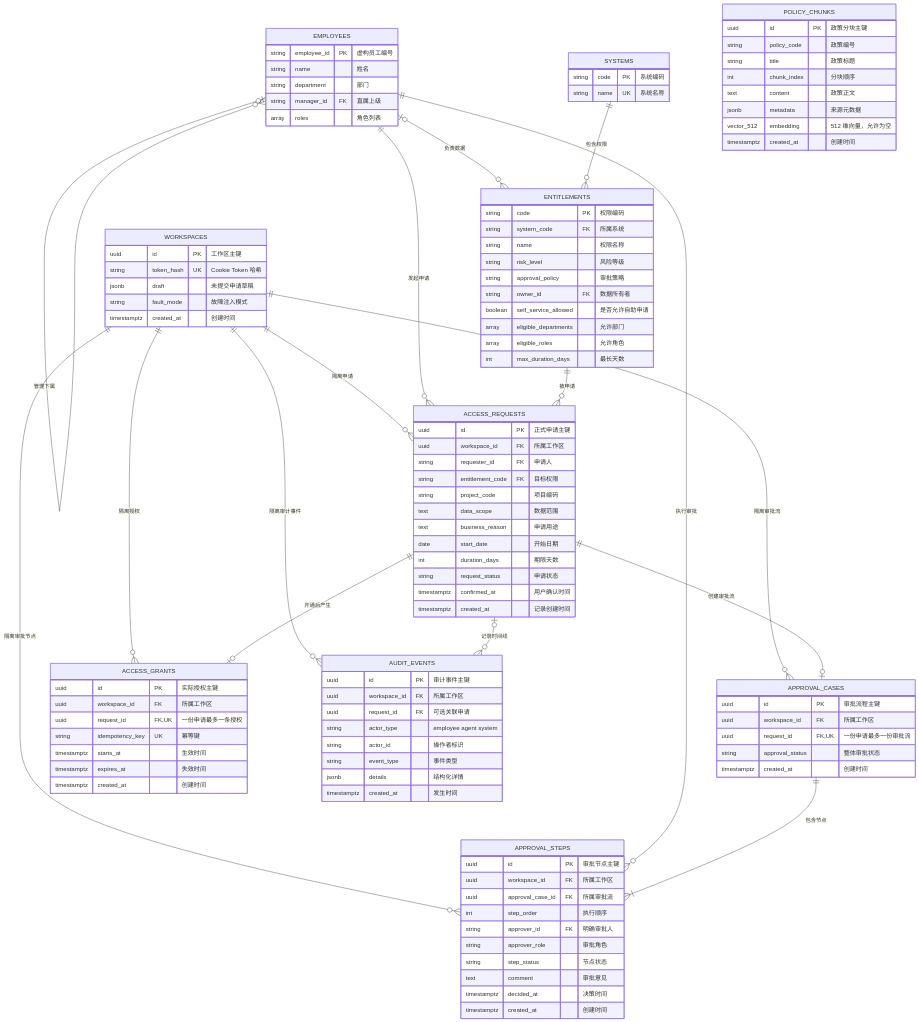
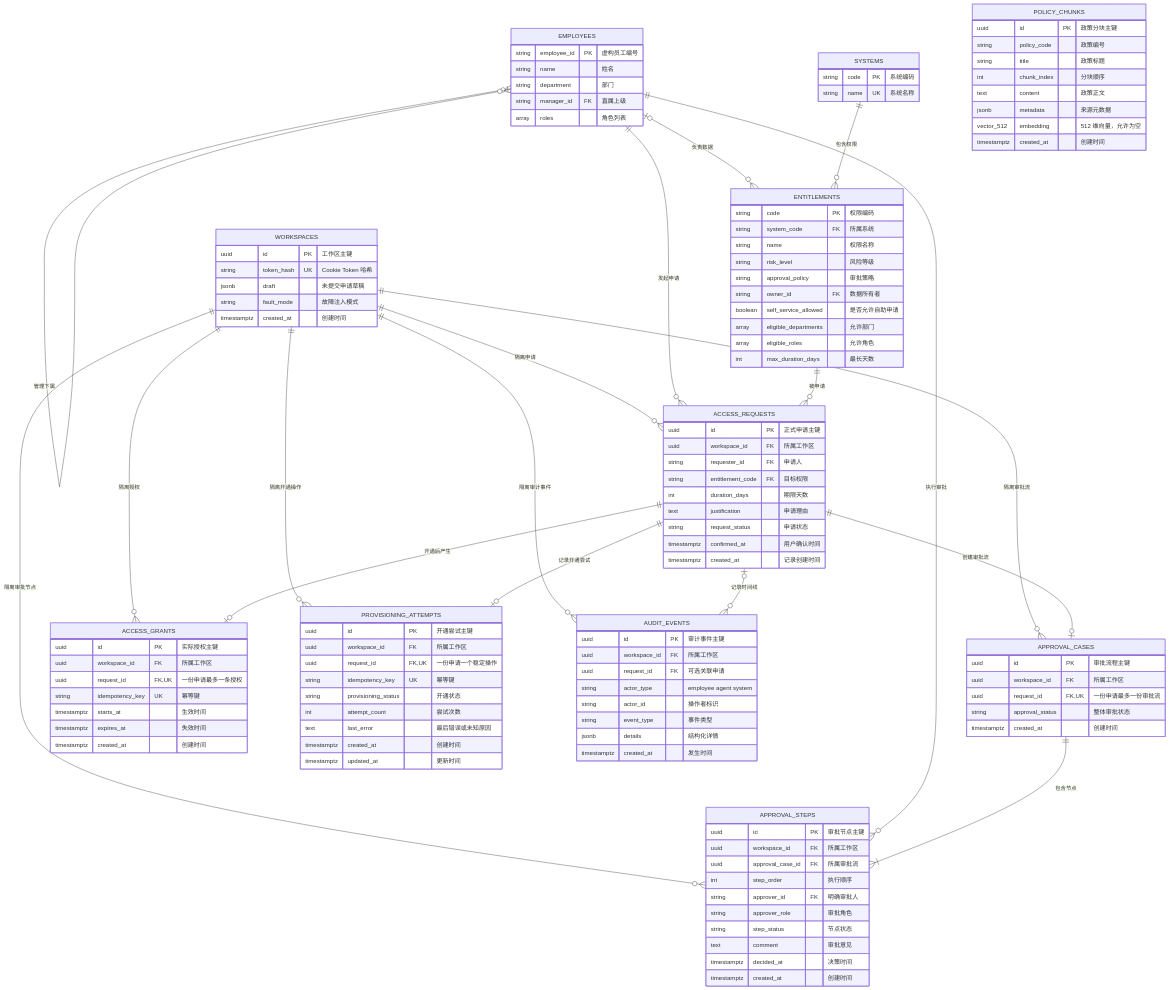
The diagram in docs/architecture/data-model-er.md (Mie-coder/accesspilot), drawn with Mermaid before and after one commit. The commit also changed other lines of this file and 14 other files, not shown here.

````diff
--- a/docs/architecture/data-model-er.md
+++ b/docs/architecture/data-model-er.md
@@ -61,11 +61,8 @@
         uuid workspace_id FK "所属工作区"
         string requester_id FK "申请人"
         string entitlement_code FK "目标权限"
-        string project_code "项目编码"
-        text data_scope "数据范围"
-        text business_reason "申请用途"
-        date start_date "开始日期"
         int duration_days "期限天数"
+        text justification "申请理由"
         string request_status "申请状态"
         timestamptz confirmed_at "用户确认时间"
         timestamptz created_at "记录创建时间"
@@ -102,6 +99,18 @@
         timestamptz created_at "创建时间"
     }
 
+    PROVISIONING_ATTEMPTS {
+        uuid id PK "开通尝试主键"
+        uuid workspace_id FK "所属工作区"
+        uuid request_id FK,UK "一份申请一个稳定操作"
+        string idempotency_key UK "幂等键"
+        string provisioning_status "开通状态"
+        int attempt_count "尝试次数"
+        text last_error "最后错误或未知原因"
+        timestamptz created_at "创建时间"
+        timestamptz updated_at "更新时间"
+    }
+
     AUDIT_EVENTS {
         uuid id PK "审计事件主键"
         uuid workspace_id FK "所属工作区"
@@ -128,6 +137,7 @@
     WORKSPACES ||--o{ APPROVAL_CASES : "隔离审批流"
     WORKSPACES ||--o{ APPROVAL_STEPS : "隔离审批节点"
     WORKSPACES ||--o{ ACCESS_GRANTS : "隔离授权"
+    WORKSPACES ||--o{ PROVISIONING_ATTEMPTS : "隔离开通操作"
     WORKSPACES ||--o{ AUDIT_EVENTS : "隔离审计事件"
 
     EMPLOYEES o|--o{ EMPLOYEES : "管理下属"
@@ -140,5 +150,6 @@
     ACCESS_REQUESTS ||--o| APPROVAL_CASES : "创建审批流"
     APPROVAL_CASES ||--|{ APPROVAL_STEPS : "包含节点"
     ACCESS_REQUESTS ||--o| ACCESS_GRANTS : "开通后产生"
+    ACCESS_REQUESTS ||--o| PROVISIONING_ATTEMPTS : "记录开通尝试"
     ACCESS_REQUESTS o|--o{ AUDIT_EVENTS : "记录时间线"
 ```
````
